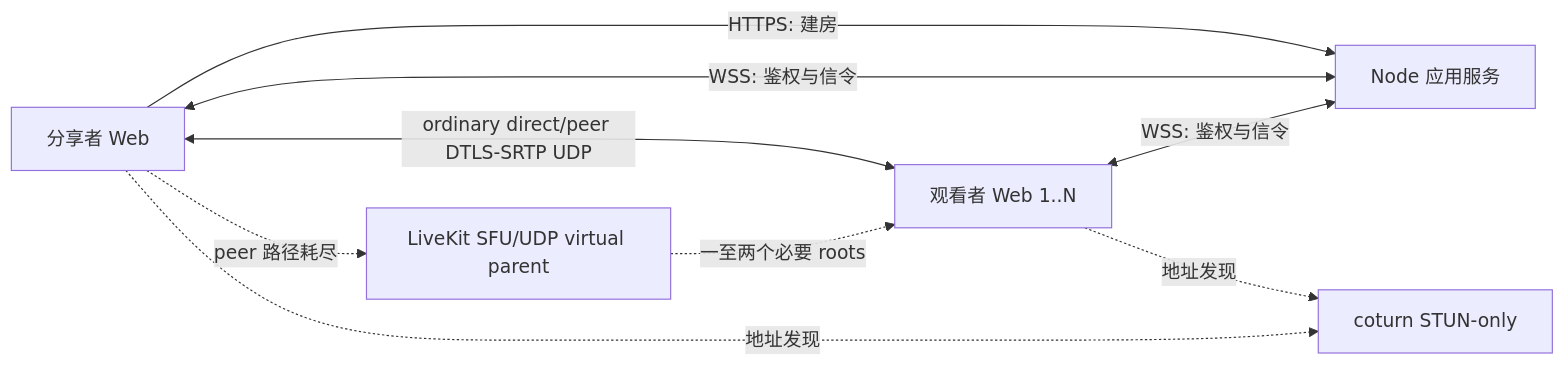
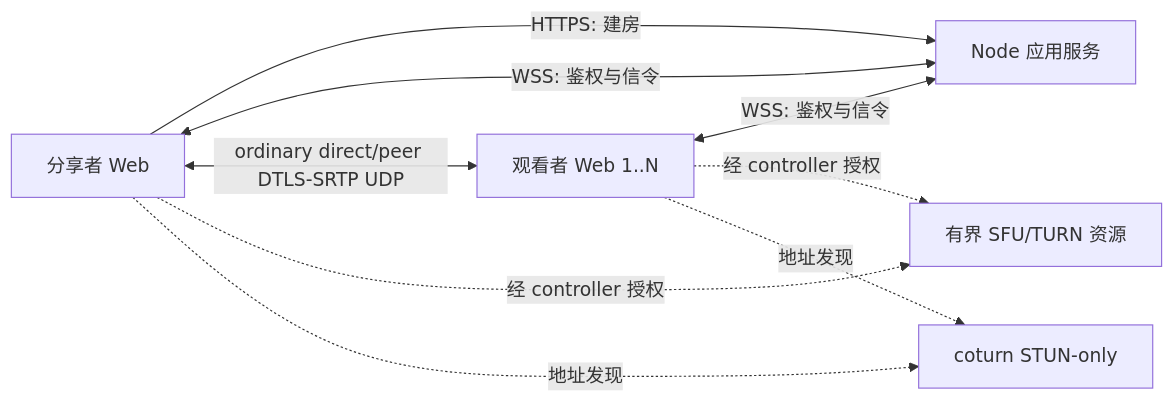
Before and after one commit to GH6324/Piik: the diagram in docs/方案设计.md, drawn with Mermaid. The commit also changed other lines of this file and 23 other files, not shown here.

````diff
--- a/docs/方案设计.md
+++ b/docs/方案设计.md
@@ -43,11 +41,11 @@
 ```mermaid
 flowchart LR
     H[分享者 Web] -->|HTTPS: 建房| A[Node 应用服务]
     H <-->|WSS: 鉴权与信令| A
     V[观看者 Web 1..N] <-->|WSS: 鉴权与信令| A
     H <-->|ordinary direct/peer DTLS-SRTP UDP| V
-    H -.peer 路径耗尽.-> S[LiveKit SFU/UDP virtual parent]
-    S -.一至两个必要 roots.-> V
+    H -.经 controller 授权.-> S[有界 SFU/TURN 资源]
+    V -.经 controller 授权.-> S
     H -.地址发现.-> T[coturn STUN-only]
     V -.地址发现.-> T
 ```
````
